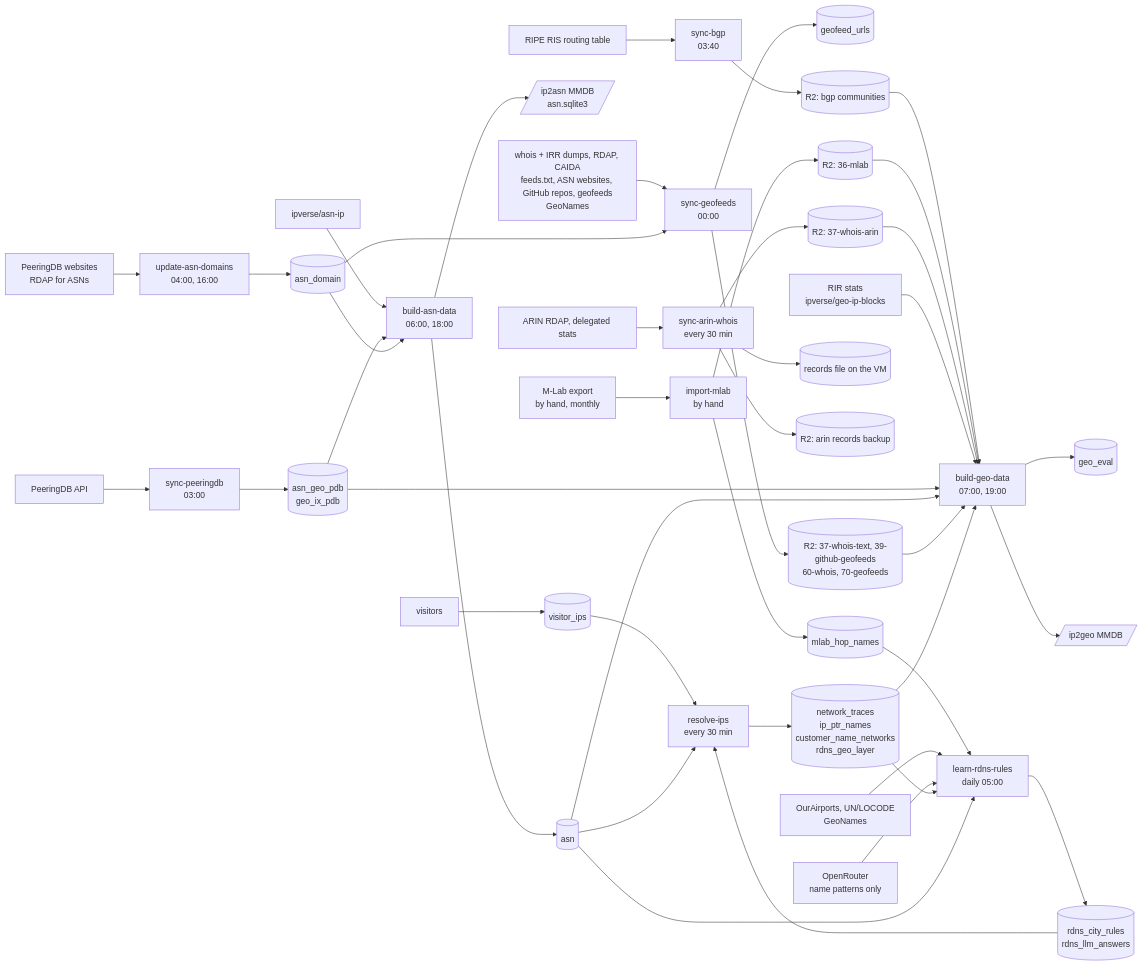
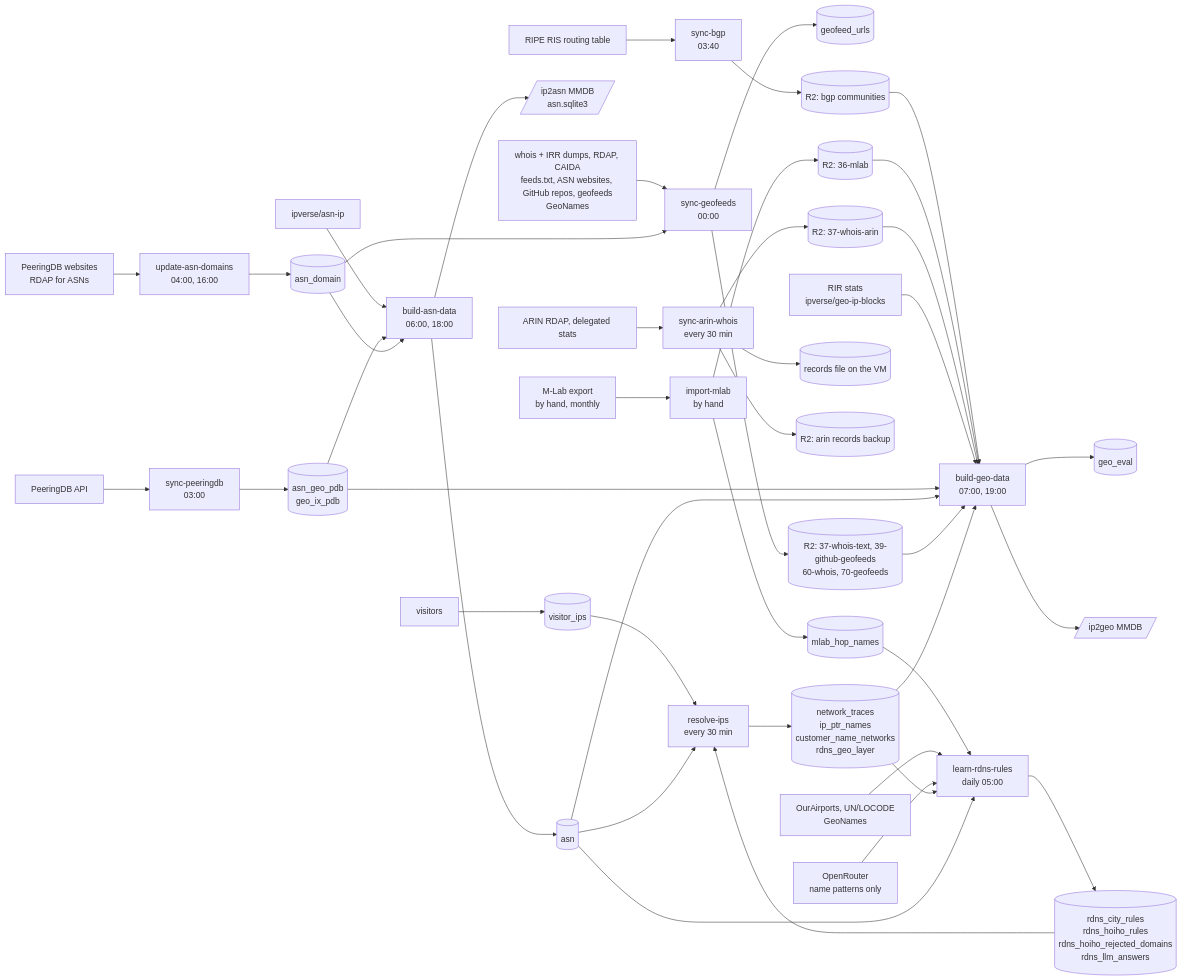
One commit to shingrus/openipdata.org changed the diagram in docs/pipeline.md. Above: the diagram before and after it, drawn with Mermaid. The commit also changed other lines of this file and 18 other files, not shown here.

First line of the commit message:
rdns: router-name rules of CAIDA's Hoiho as a rule source, with a CLLI guess

````diff
--- a/docs/pipeline.md
+++ b/docs/pipeline.md
@@ -9,46 +9,46 @@
 ```mermaid
 flowchart LR
   pdbapi[PeeringDB API] --> pdb[sync-peeringdb<br/>03:00]
   pdb --> t_pdb[(asn_geo_pdb<br/>geo_ix_pdb)]
   rdapasn[PeeringDB websites<br/>RDAP for ASNs] --> dom[update-asn-domains<br/>04:00, 16:00]
   dom --> t_dom[(asn_domain)]
   asnip[ipverse/asn-ip] --> asn[build-asn-data<br/>06:00, 18:00]
   t_pdb --> asn
   t_dom --> asn
   asn --> t_asn[(asn)]
   asn --> pub_asn[/ip2asn MMDB<br/>asn.sqlite3/]
   whois[whois + IRR dumps, RDAP, CAIDA<br/>feeds.txt, ASN websites, GitHub repos, geofeeds<br/>GeoNames] --> gf[sync-geofeeds<br/>00:00]
   t_dom --> gf
   gf --> t_gf[(geofeed_urls)]
   gf --> r2[(R2: 37-whois-text, 39-github-geofeeds<br/>60-whois, 70-geofeeds)]
   ris[RIPE RIS routing table] --> bgp[sync-bgp<br/>03:40]
   bgp --> r2bgp[(R2: bgp communities)]
   r2bgp --> geo
   mlabcsv[M-Lab export<br/>by hand, monthly] --> ml[import-mlab<br/>by hand]
   ml --> t_ml[(mlab_hop_names)]
   ml --> r2ml[(R2: 36-mlab)]
   r2ml --> geo
   rdaparin[ARIN RDAP, delegated stats] --> arin[sync-arin-whois<br/>every 30 min]
   arin --> f_arin[(records file on the VM)]
   arin --> r2back[(R2: arin records backup)]
   arin --> r2arin[(R2: 37-whois-arin)]
   r2arin --> geo
   t_ml --> learn
   rir[RIR stats<br/>ipverse/geo-ip-blocks] --> geo[build-geo-data<br/>07:00, 19:00]
   t_pdb --> geo
   t_asn --> geo
   r2 --> geo
   geo --> t_eval[(geo_eval)]
   geo --> pub_geo[/ip2geo MMDB/]
   visitors[visitors] --> t_vis[(visitor_ips)]
   t_vis --> rd[resolve-ips<br/>every 30 min]
   t_asn --> rd
   rd --> t_rd[(network_traces<br/>ip_ptr_names<br/>customer_name_networks<br/>rdns_geo_layer)]
   t_rd --> geo
   places[OurAirports, UN/LOCODE<br/>GeoNames] --> learn[learn-rdns-rules<br/>daily 05:00]
   llm[OpenRouter<br/>name patterns only] --> learn
   t_rd --> learn
   t_asn --> learn
-  learn --> t_rules[(rdns_city_rules<br/>rdns_llm_answers)]
+  learn --> t_rules[(rdns_city_rules<br/>rdns_hoiho_rules<br/>rdns_hoiho_rejected_domains<br/>rdns_llm_answers)]
   t_rules --> rd
 ```
````
